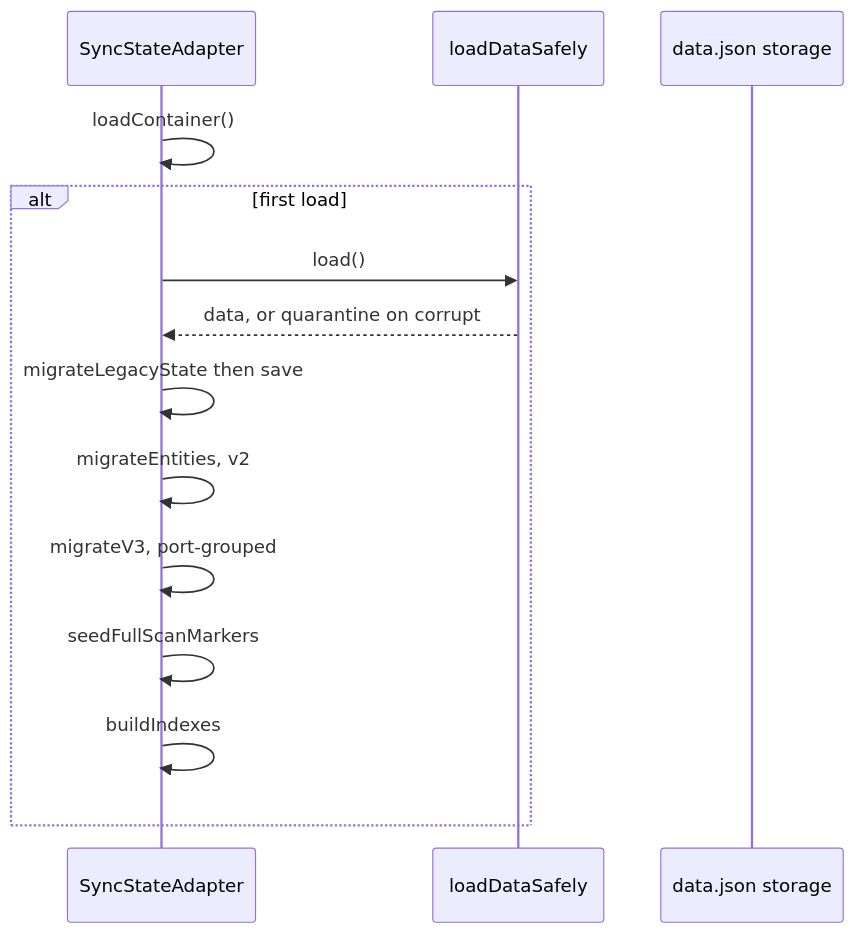
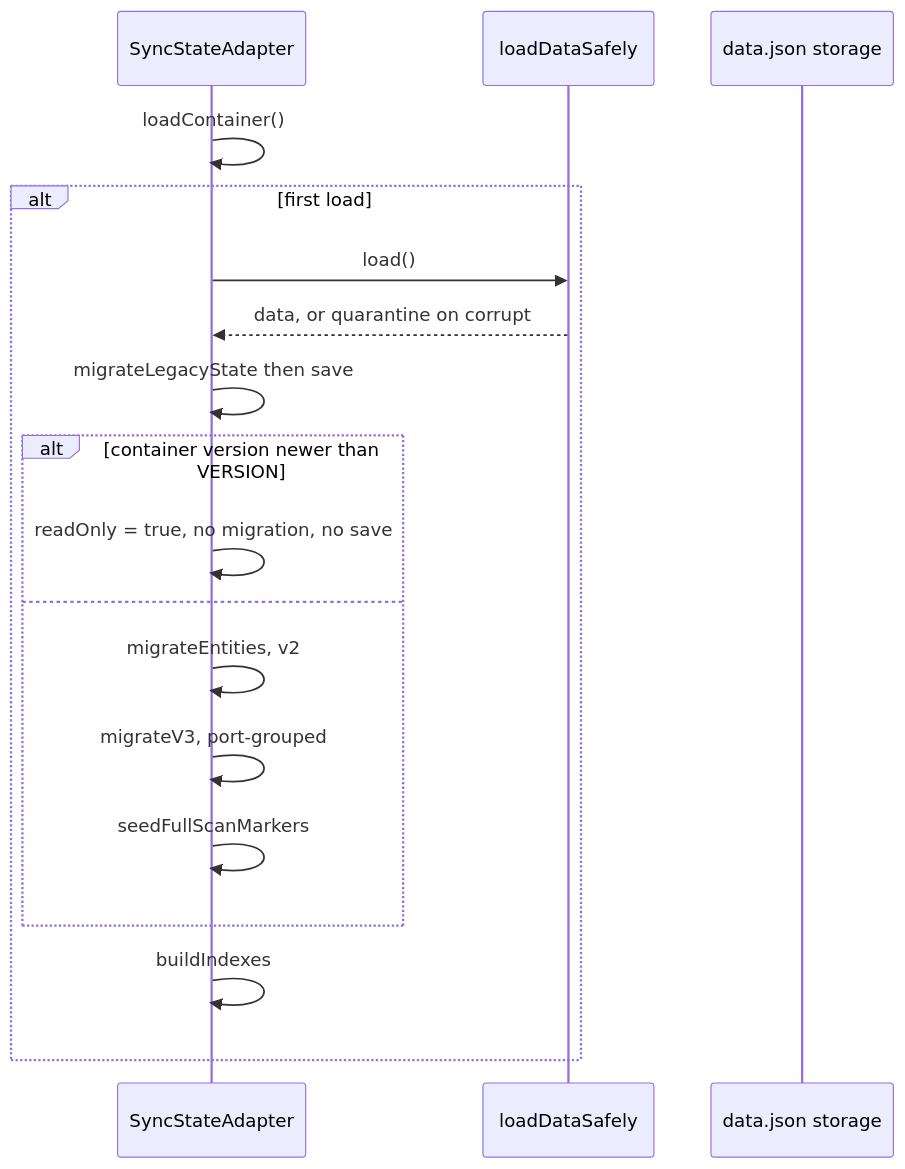
Diagram 19 of 25 in docs/developer-manual.md (99linesofcode/obsidian-project-management), drawn with Mermaid before and after one commit. The commit also changed other lines of this file and 32 other files, not shown here.

Commit message:
fix: final verification findings — registry-first outward creation, board dedup, cursor watermark, SYNC-8 restore, boundary import rule, read-only version guard, settings mutex; manual brought to truth (t20)

````diff
--- a/docs/developer-manual.md
+++ b/docs/developer-manual.md
@@ -686,17 +844,21 @@
 ```mermaid
 sequenceDiagram
   participant A as SyncStateAdapter
   participant L as loadDataSafely
   participant S as data.json storage
 
   A->>A: loadContainer()
   alt first load
     A->>L: load()
     L-->>A: data, or quarantine on corrupt
     A->>A: migrateLegacyState then save
-    A->>A: migrateEntities, v2
-    A->>A: migrateV3, port-grouped
-    A->>A: seedFullScanMarkers
+    alt container version newer than VERSION
+      A->>A: readOnly = true, no migration, no save
+    else
+      A->>A: migrateEntities, v2
+      A->>A: migrateV3, port-grouped
+      A->>A: seedFullScanMarkers
+    end
     A->>A: buildIndexes
   end
 ```
````
